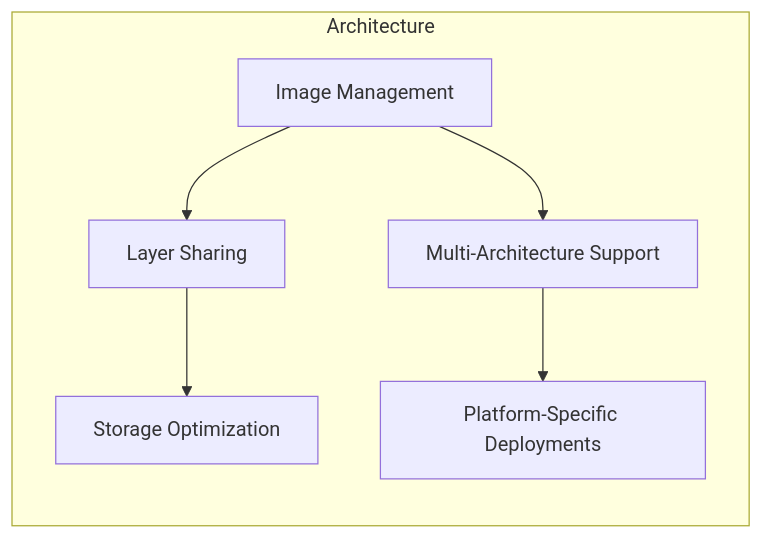
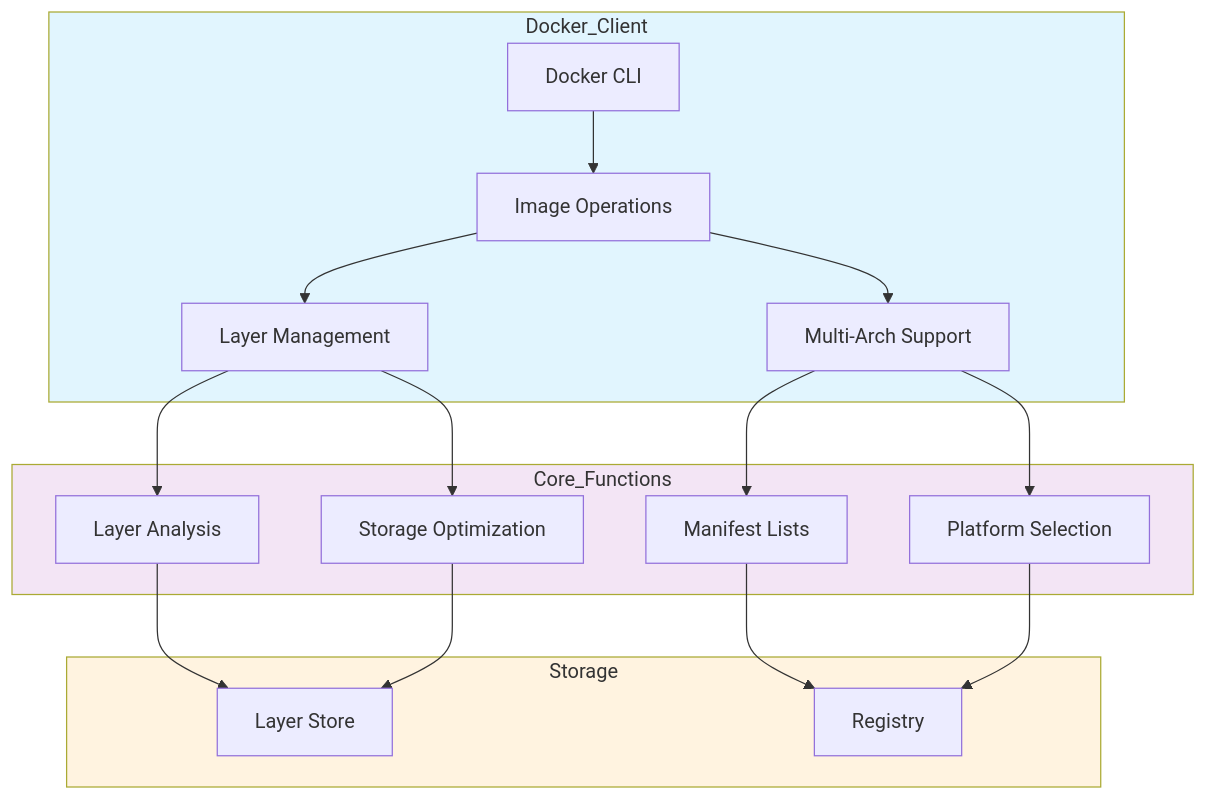
Before and after one commit to TheToriqul/docker-image-layers: the diagram in README.md, drawn with Mermaid.

Commit message:
readme updated

````diff
--- a/README.md
+++ b/README.md
@@ -23,9 +23,26 @@
 ```mermaid
-graph LR
-  subgraph Architecture
-    A[Image Management] --> B[Layer Sharing]
-    B --> C[Storage Optimization]
-    A --> D[Multi-Architecture Support]
-    D --> E[Platform-Specific Deployments]
-  end
+graph TB
+    subgraph Docker_Client
+        A[Docker CLI] --> B[Image Operations]
+        B --> C[Layer Management]
+        B --> D[Multi-Arch Support]
+    end
+
+    subgraph Core_Functions
+        C --> E[Layer Analysis]
+        C --> F[Storage Optimization]
+        D --> G[Manifest Lists]
+        D --> H[Platform Selection]
+    end
+
+    subgraph Storage
+        E --> I[Layer Store]
+        F --> I
+        G --> J[Registry]
+        H --> J
+    end
+
+    style Docker_Client fill:#e1f5fe
+    style Core_Functions fill:#f3e5f5
+    style Storage fill:#fff3e0
 ```
````
